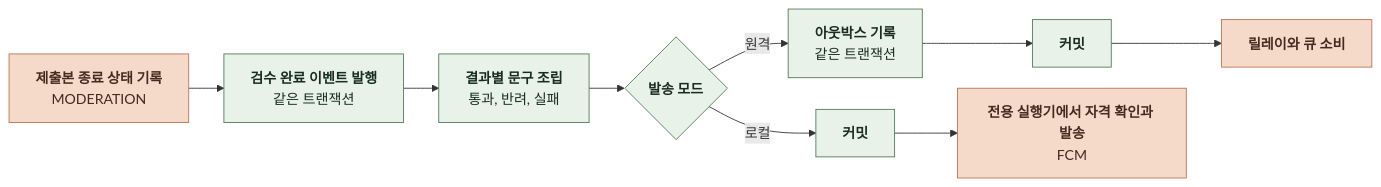
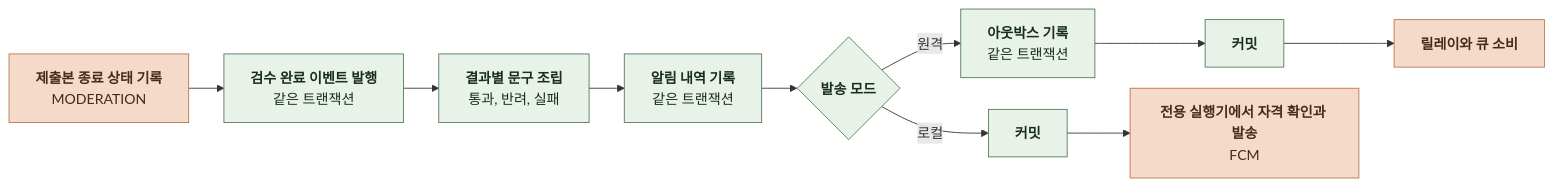
Before and after one commit to KIM-N-KANG/knk-harness: the sixth of 20 diagrams in docs/domain/NOTIFICATION/BACKEND/4-1-PIPELINES.md, drawn with Mermaid. The commit also changed other lines of this file and 128 other files, not shown here.

````diff
--- a/docs/domain/NOTIFICATION/BACKEND/4-1-PIPELINES.md
+++ b/docs/domain/NOTIFICATION/BACKEND/4-1-PIPELINES.md
@@ -165,21 +172,23 @@
 ```mermaid
 %%{init: {"flowchart": {"curve": "basis", "nodeSpacing": 24, "rankSpacing": 40}}}%%
 flowchart LR
     A["`**제출본 종료 상태 기록**
 MODERATION`"] --> B["`**검수 완료 이벤트 발행**
 같은 트랜잭션`"]
     B --> C["`**결과별 문구 조립**
 통과, 반려, 실패`"]
-    C --> D{"`**발송 모드**`"}
+    C --> N["`**알림 내역 기록**
+같은 트랜잭션`"]
+    N --> D{"`**발송 모드**`"}
     D -->|원격| E["`**아웃박스 기록**
 같은 트랜잭션`"]
     E --> G["`**커밋**`"]
     G --> H["`**릴레이와 큐 소비**`"]
     D -->|로컬| I["`**커밋**`"]
     I --> F["`**전용 실행기에서 자격 확인과 발송**
 FCM`"]
     classDef comp fill:#E8F2E8,stroke:#527A59,color:#182D1D
     classDef task fill:#F5D9C9,stroke:#B97450,color:#452B1D
-    class B,C,D,E,G,I comp
+    class B,C,D,E,G,I,N comp
     class A,F,H task
 ```
````
